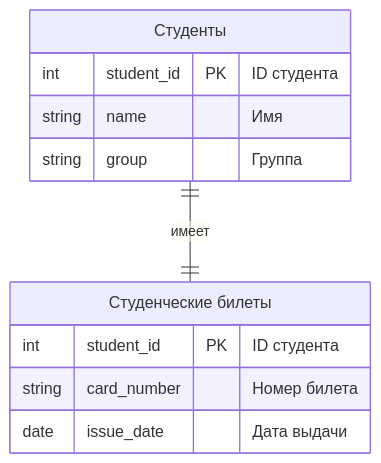
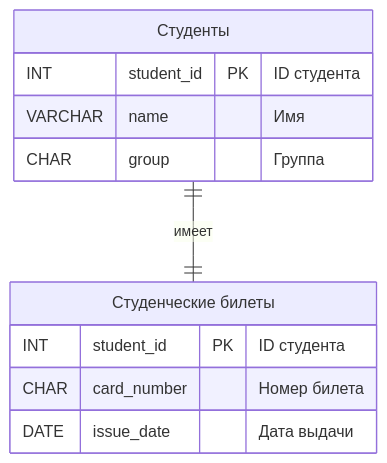
The third of 5 diagrams in disciplines/it03/lectures/02_lecture.md (vshp-online/it.vshp.online), drawn with Mermaid before and after one commit. The commit also changed other lines of this file, not shown here.

````diff
--- a/disciplines/it03/lectures/02_lecture.md
+++ b/disciplines/it03/lectures/02_lecture.md
@@ -328,14 +328,14 @@
 ```mermaid
 erDiagram
     Students["Студенты"] {
-        int student_id PK "ID студента"
-        string name "Имя"
-        string group "Группа"
+        INT student_id PK "ID студента"
+        VARCHAR name "Имя"
+        CHAR group "Группа"
     }
     StudentCards["Студенческие билеты"] {
-        int student_id PK "ID студента"
-        string card_number "Номер билета"
-        date issue_date "Дата выдачи"
+        INT student_id PK "ID студента"
+        CHAR card_number "Номер билета"
+        DATE issue_date "Дата выдачи"
     }
     Students ||--|| StudentCards : "имеет"
 ```
````
